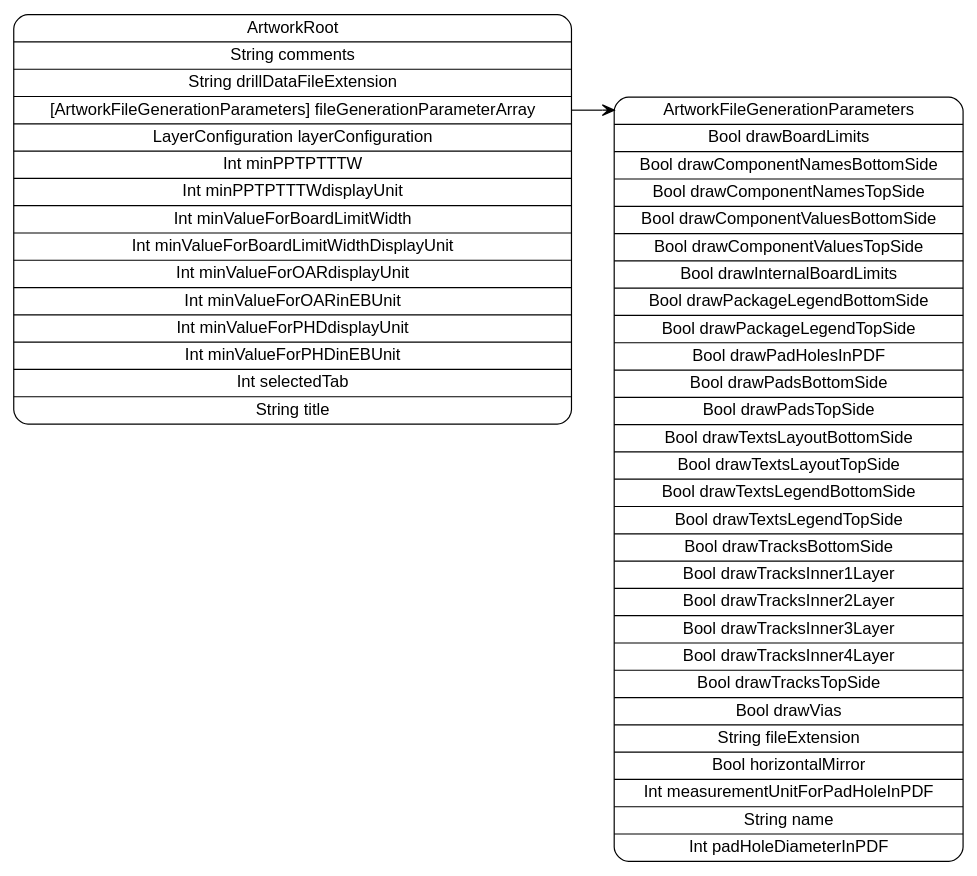
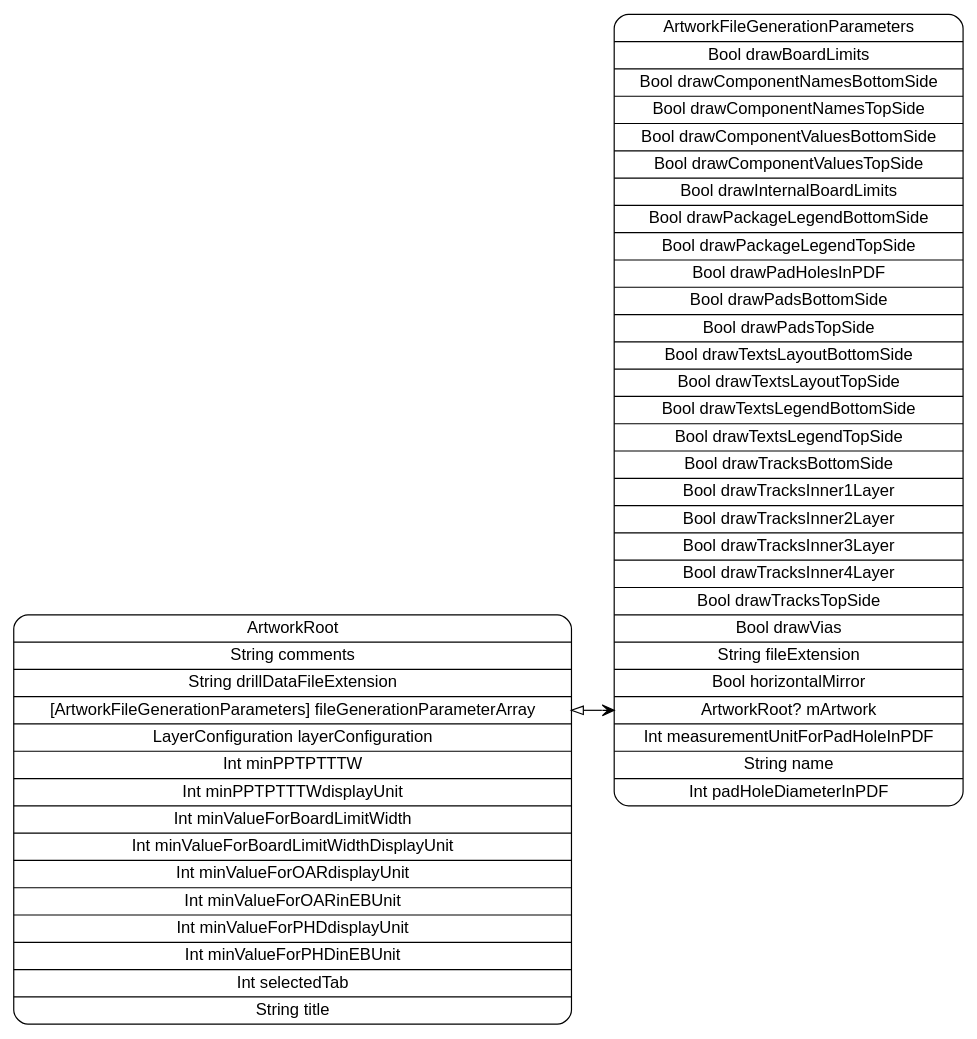
Before and after one commit to pierremolinaro/ElCanari-dev: the diagram in models/ArtworkRoot.dot, drawn with Graphviz. The commit also changed 34 other files, not shown here.

```diff
--- a/models/ArtworkRoot.dot
+++ b/models/ArtworkRoot.dot
@@ -1,7 +1,7 @@
 digraph G {
   rankdir=LR ;
   node [shape=record fontname=helvetica style=rounded] ;
   ArtworkRoot[label="<ArtworkRoot>ArtworkRoot|String comments|String drillDataFileExtension|<fileGenerationParameterArray>[ArtworkFileGenerationParameters] fileGenerationParameterArray|LayerConfiguration layerConfiguration|Int minPPTPTTTW|Int minPPTPTTTWdisplayUnit|Int minValueForBoardLimitWidth|Int minValueForBoardLimitWidthDisplayUnit|Int minValueForOARdisplayUnit|Int minValueForOARinEBUnit|Int minValueForPHDdisplayUnit|Int minValueForPHDinEBUnit|Int selectedTab|String title"] ;
-  ArtworkFileGenerationParameters[label="<ArtworkFileGenerationParameters>ArtworkFileGenerationParameters|Bool drawBoardLimits|Bool drawComponentNamesBottomSide|Bool drawComponentNamesTopSide|Bool drawComponentValuesBottomSide|Bool drawComponentValuesTopSide|Bool drawInternalBoardLimits|Bool drawPackageLegendBottomSide|Bool drawPackageLegendTopSide|Bool drawPadHolesInPDF|Bool drawPadsBottomSide|Bool drawPadsTopSide|Bool drawTextsLayoutBottomSide|Bool drawTextsLayoutTopSide|Bool drawTextsLegendBottomSide|Bool drawTextsLegendTopSide|Bool drawTracksBottomSide|Bool drawTracksInner1Layer|Bool drawTracksInner2Layer|Bool drawTracksInner3Layer|Bool drawTracksInner4Layer|Bool drawTracksTopSide|Bool drawVias|String fileExtension|Bool horizontalMirror|Int measurementUnitForPadHoleInPDF|String name|Int padHoleDiameterInPDF"] ;
-  ArtworkRoot:fileGenerationParameterArray -> ArtworkFileGenerationParameters:ArtworkFileGenerationParameters [dir=both arrowtail=none arrowhead=vee] ;
+  ArtworkFileGenerationParameters[label="<ArtworkFileGenerationParameters>ArtworkFileGenerationParameters|Bool drawBoardLimits|Bool drawComponentNamesBottomSide|Bool drawComponentNamesTopSide|Bool drawComponentValuesBottomSide|Bool drawComponentValuesTopSide|Bool drawInternalBoardLimits|Bool drawPackageLegendBottomSide|Bool drawPackageLegendTopSide|Bool drawPadHolesInPDF|Bool drawPadsBottomSide|Bool drawPadsTopSide|Bool drawTextsLayoutBottomSide|Bool drawTextsLayoutTopSide|Bool drawTextsLegendBottomSide|Bool drawTextsLegendTopSide|Bool drawTracksBottomSide|Bool drawTracksInner1Layer|Bool drawTracksInner2Layer|Bool drawTracksInner3Layer|Bool drawTracksInner4Layer|Bool drawTracksTopSide|Bool drawVias|String fileExtension|Bool horizontalMirror|<mArtwork>ArtworkRoot? mArtwork|Int measurementUnitForPadHoleInPDF|String name|Int padHoleDiameterInPDF"] ;
+  ArtworkRoot:fileGenerationParameterArray -> ArtworkFileGenerationParameters:mArtwork [dir=both arrowtail=onormal arrowhead=vee] ;
 }
```
